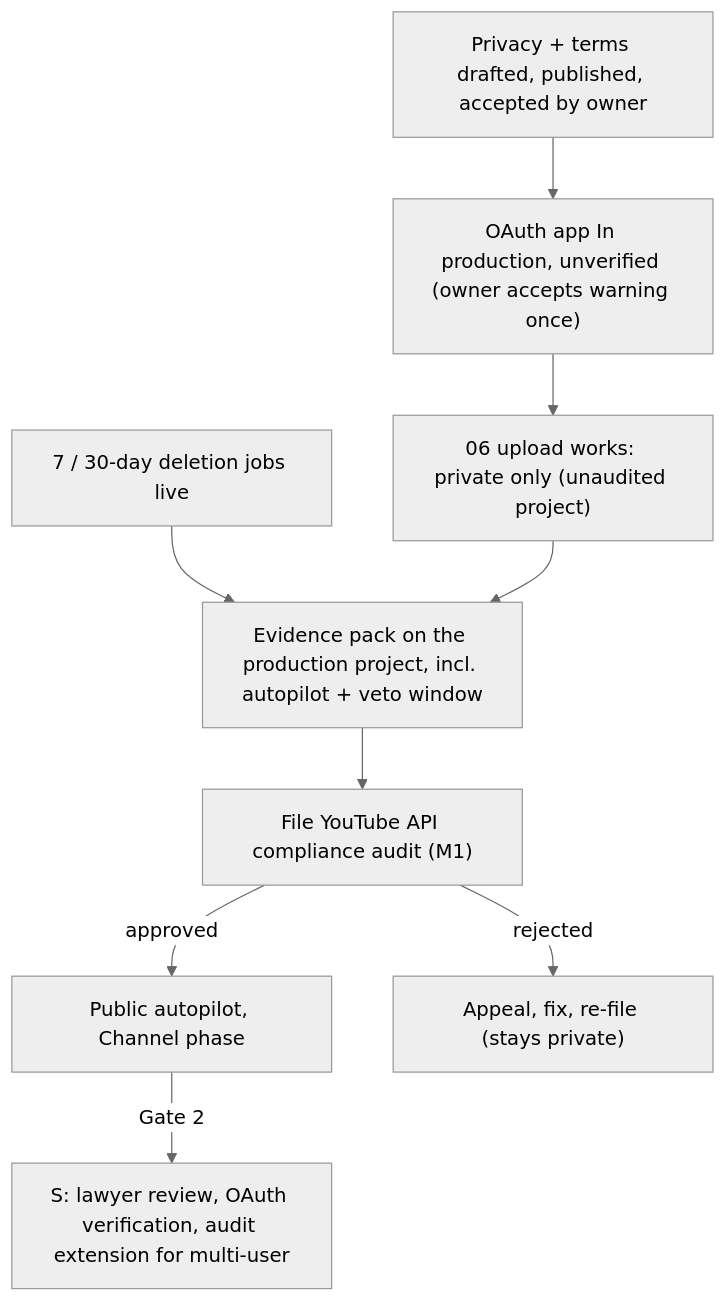
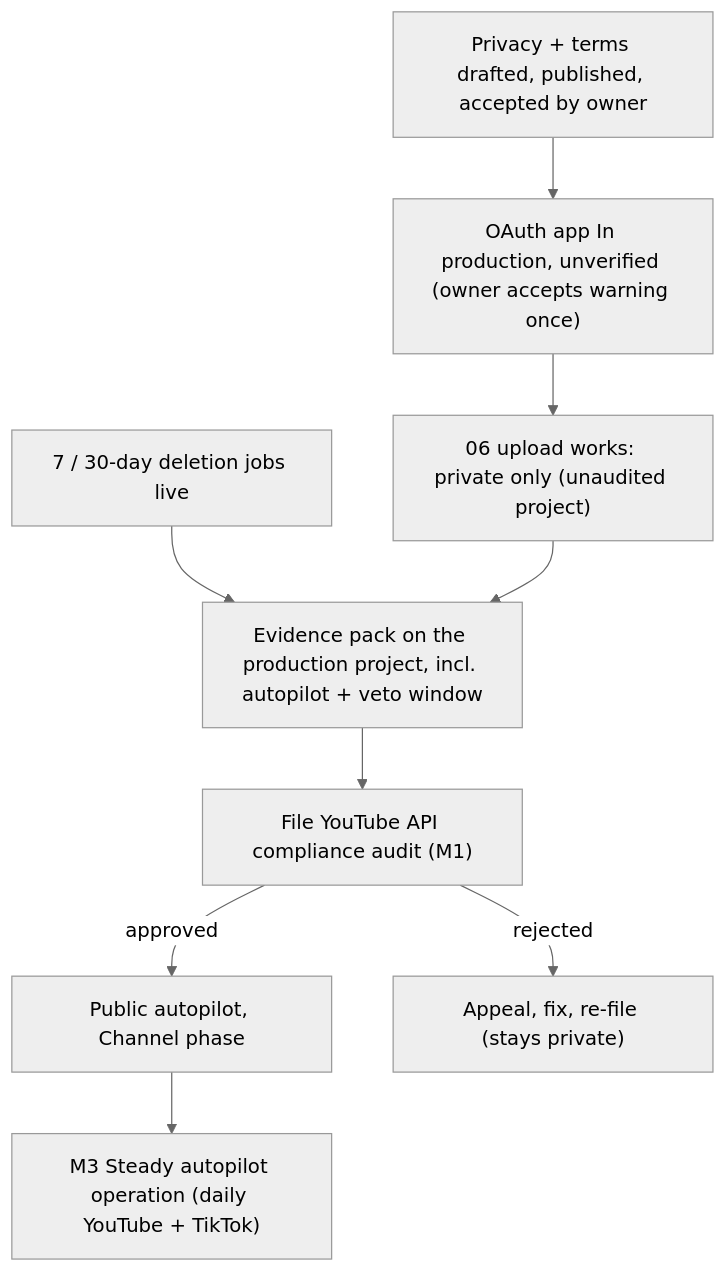
Before and after one commit to anglesen1120/NightTalesStudio: diagram 14 of 17 in DIAGRAMS.md, drawn with Mermaid (neutral theme). The commit also changed other lines of this file and 335 other files, not shown here.

````diff
--- a/DIAGRAMS.md
+++ b/DIAGRAMS.md
@@ -389,11 +387,11 @@
 ```mermaid
 flowchart TD
   L["Privacy + terms drafted, published, accepted by owner"] --> OA["OAuth app In production, unverified (owner accepts warning once)"]
   OA --> UP["06 upload works: private only (unaudited project)"]
   DL["7 / 30-day deletion jobs live"] --> EP
   UP --> EP["Evidence pack on the production project, incl. autopilot + veto window"]
   EP --> AU["File YouTube API compliance audit (M1)"]
   AU -->|"approved"| PUBL["Public autopilot, Channel phase"]
   AU -->|"rejected"| APL["Appeal, fix, re-file (stays private)"]
-  PUBL -->|"Gate 2"| S1["S: lawyer review, OAuth verification, audit extension for multi-user"]
+  PUBL --> STEADY["M3 Steady autopilot operation (daily YouTube + TikTok)"]
 ```
````
